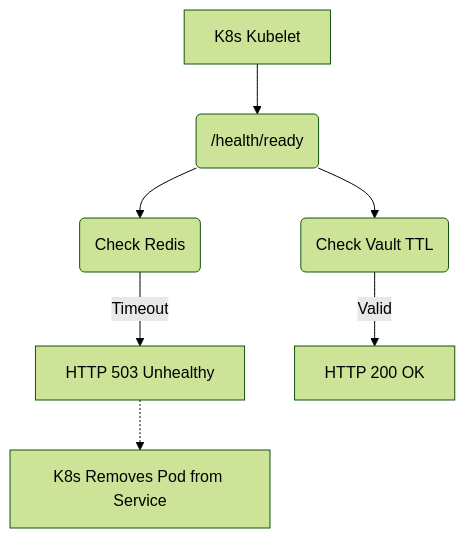
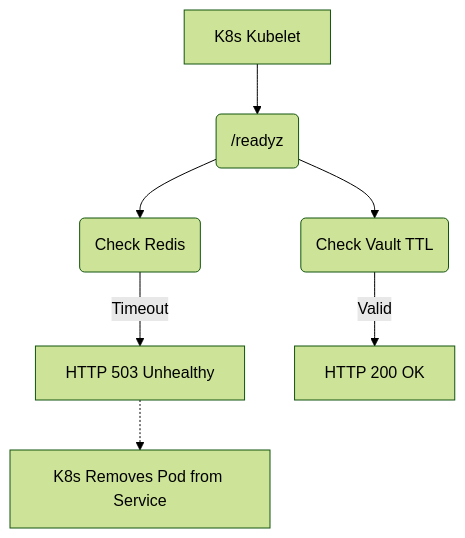
The diagram in website/docs/features/secure-infrastructure-service-mesh/deep-component-health-probes-and-prometheus-alert-rules.md (ninadphalak/LLM-Shield-Proxy), drawn with Mermaid (forest theme) before and after one commit. The commit also changed other lines of this file and 86 other files, not shown here.

````diff
--- a/website/docs/features/secure-infrastructure-service-mesh/deep-component-health-probes-and-prometheus-alert-rules.md
+++ b/website/docs/features/secure-infrastructure-service-mesh/deep-component-health-probes-and-prometheus-alert-rules.md
@@ -16,9 +16,9 @@
 ```mermaid
 flowchart TD
-    A[K8s Kubelet] --> B(/health/ready)
+    A[K8s Kubelet] --> B(/readyz)
     B --> C(Check Redis)
     B --> D(Check Vault TTL)
     C -->|Timeout| E[HTTP 503 Unhealthy]
     D -->|Valid| F[HTTP 200 OK]
     E -.-> G[K8s Removes Pod from Service]
 ```
````
